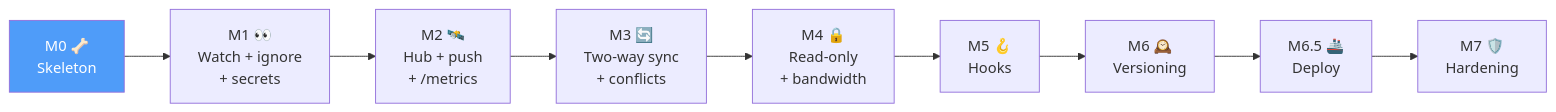
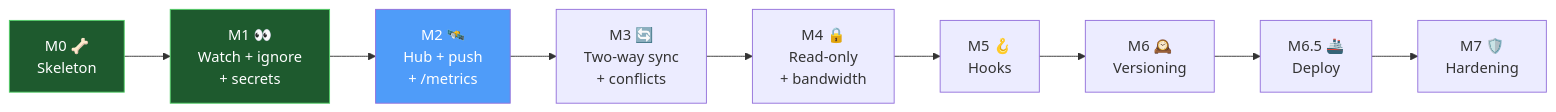
Before and after one commit to shoemoney/devbox: the sixth of 6 diagrams in README.md, drawn with Mermaid. The commit also changed other lines of this file, not shown here.

````diff
--- a/README.md
+++ b/README.md
@@ -442,12 +449,14 @@
 ```mermaid
 flowchart LR
     M0["M0 🦴\nSkeleton"] --> M1["M1 👀\nWatch + ignore\n+ secrets"]
     M1 --> M2["M2 🛰️\nHub + push\n+ /metrics"]
     M2 --> M3["M3 🔄\nTwo-way sync\n+ conflicts"]
     M3 --> M4["M4 🔒\nRead-only\n+ bandwidth"]
     M4 --> M5["M5 🪝\nHooks"]
     M5 --> M6["M6 🕰️\nVersioning"]
     M6 --> M65["M6.5 🚢\nDeploy"]
     M65 --> M7["M7 🛡️\nHardening"]
-    style M0 fill:#4F9CF9,color:#fff
+    style M0 fill:#1e5a2e,stroke:#51cf66,color:#fff
+    style M1 fill:#1e5a2e,stroke:#51cf66,color:#fff
+    style M2 fill:#4F9CF9,color:#fff
 ```
````
